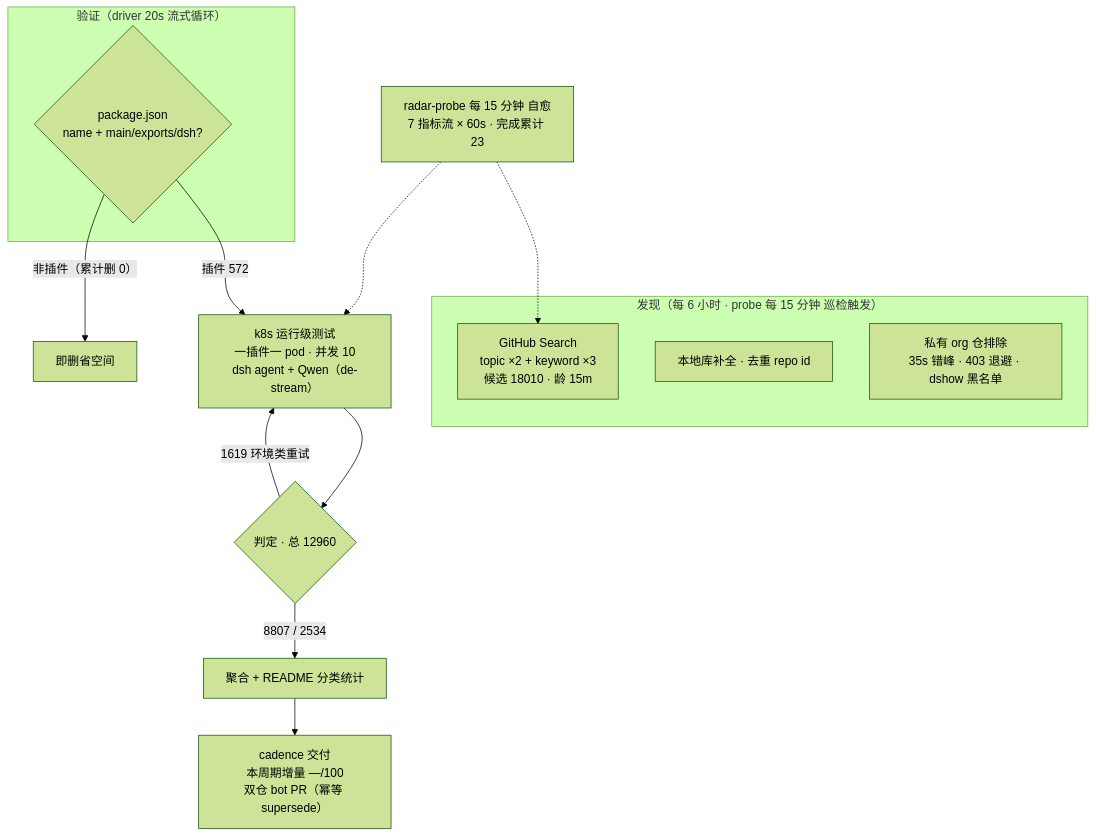
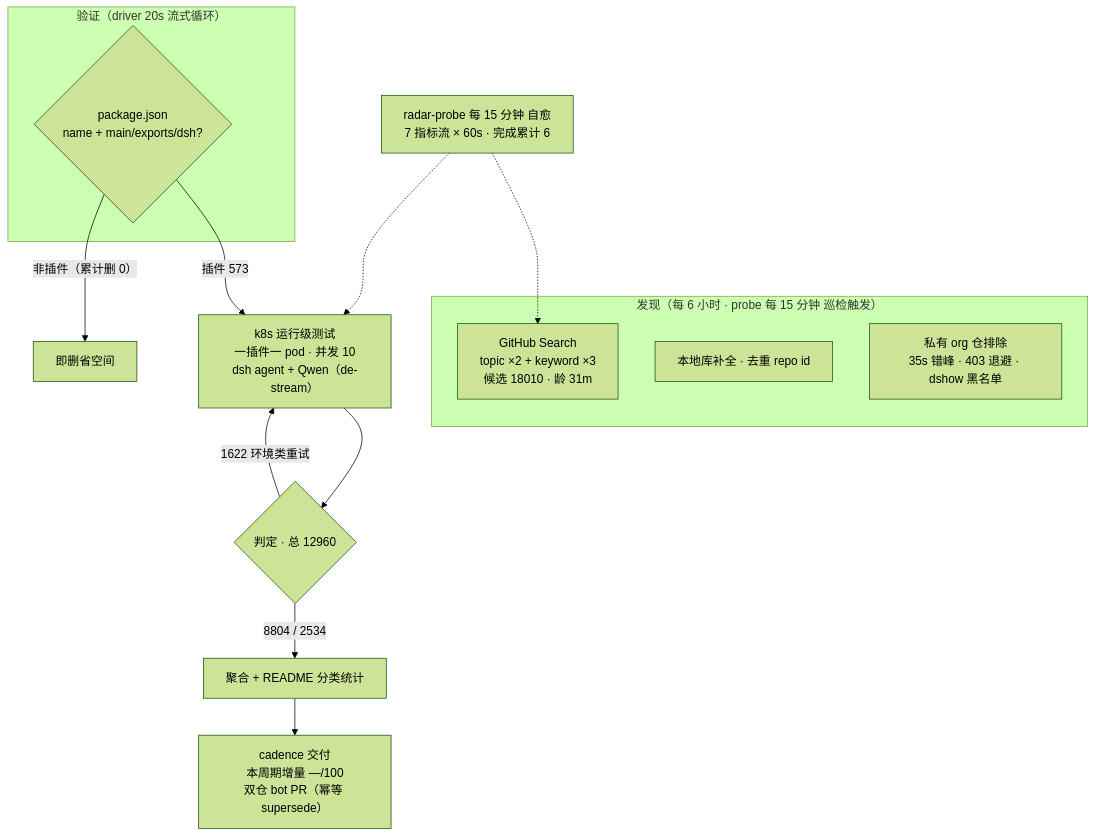
One commit to AdamPlatin123/awesome-dsh-plugins changed the diagram in README.md. Above: the diagram before and after it, drawn with Mermaid (forest theme). The commit also changed other lines of this file and 5 other files, not shown here.

````diff
--- a/README.md
+++ b/README.md
@@ -52,20 +52,20 @@
 ```mermaid
 flowchart TB
     subgraph Discovery["发现（每 6 小时 · probe 每 15 分钟 巡检触发）"]
-        A1["GitHub Search<br/>topic ×2 + keyword ×3<br/>候选 18010 · 龄 15m"]
+        A1["GitHub Search<br/>topic ×2 + keyword ×3<br/>候选 18010 · 龄 31m"]
         A2["本地库补全 · 去重 repo id"]
         A3["私有 org 仓排除<br/>35s 错峰 · 403 退避 · dshow 黑名单"]
     end
     subgraph Validation["验证（driver 20s 流式循环）"]
         B1{"package.json<br/>name + main/exports/dsh?"}
     end
-    B1 -->|"插件 572"| C1["k8s 运行级测试<br/>一插件一 pod · 并发 10<br/>dsh agent + Qwen（de-stream）"]
+    B1 -->|"插件 573"| C1["k8s 运行级测试<br/>一插件一 pod · 并发 10<br/>dsh agent + Qwen（de-stream）"]
     B1 -->|"非插件（累计删 0）"| B3["即删省空间"]
     C1 --> D1{"判定 · 总 12960"}
-    D1 -->|"8807 / 2534"| E1["聚合 + README 分类统计"]
-    D1 -->|"1619 环境类重试"| C1
+    D1 -->|"8804 / 2534"| E1["聚合 + README 分类统计"]
+    D1 -->|"1622 环境类重试"| C1
     E1 --> E2["cadence 交付<br/>本周期增量 —/100<br/>双仓 bot PR（幂等 supersede）"]
-    M["radar-probe 每 15 分钟 自愈<br/>7 指标流 × 60s · 完成累计 23"]
+    M["radar-probe 每 15 分钟 自愈<br/>7 指标流 × 60s · 完成累计 6"]
     M -.-> A1
     M -.-> C1
 ```
````
